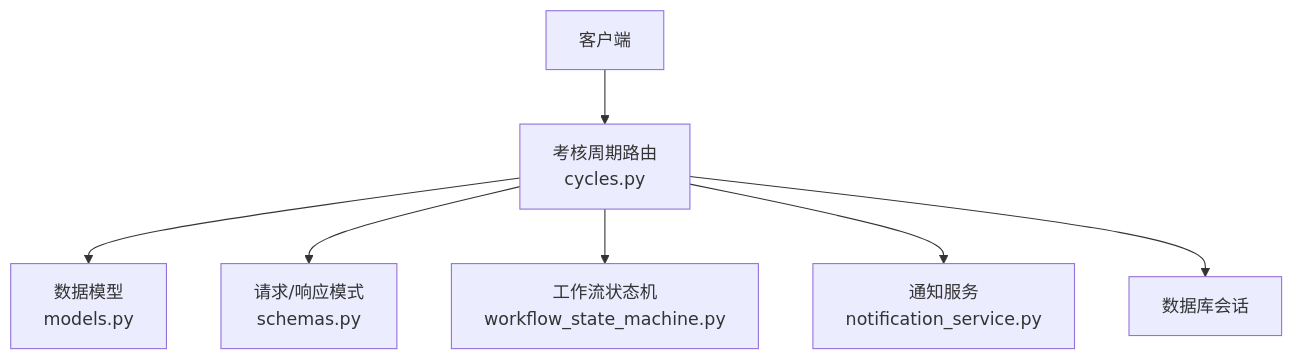
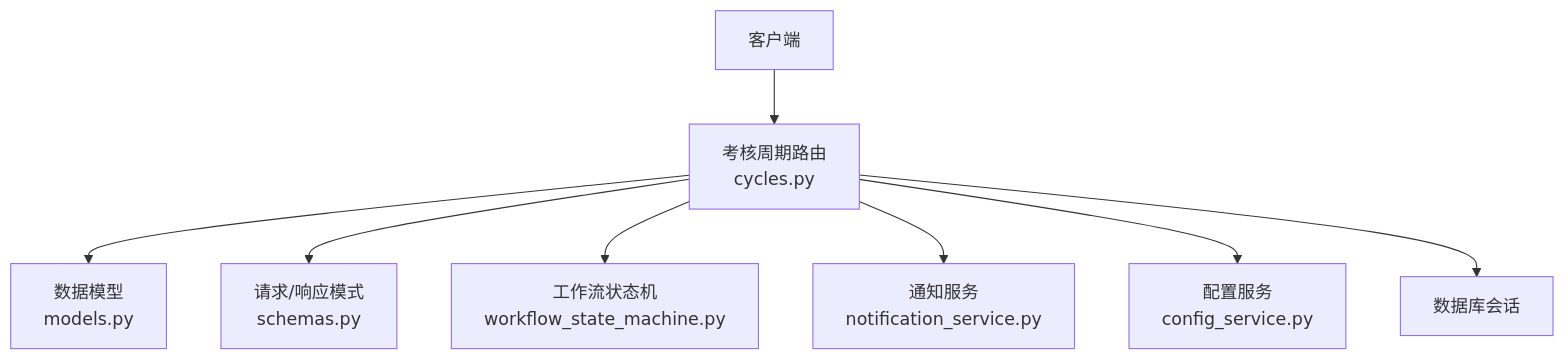
The first of 6 diagrams in .qoder/repowiki/zh/content/API参考文档/考核周期API.md (xgd561/performance_evaluation_system), drawn with Mermaid before and after one commit. The commit also changed other lines of this file and 136 other files, not shown here.

````diff
--- a/.qoder/repowiki/zh/content/API参考文档/考核周期API.md
+++ b/.qoder/repowiki/zh/content/API参考文档/考核周期API.md
@@ -41,9 +46,10 @@
 ```mermaid
 graph TB
 Client["客户端"] --> Router["考核周期路由<br/>cycles.py"]
 Router --> Models["数据模型<br/>models.py"]
 Router --> Schemas["请求/响应模式<br/>schemas.py"]
 Router --> StateMachine["工作流状态机<br/>workflow_state_machine.py"]
 Router --> Notification["通知服务<br/>notification_service.py"]
+Router --> ConfigService["配置服务<br/>config_service.py"]
 Router --> DB["数据库会话"]
 ```
````
